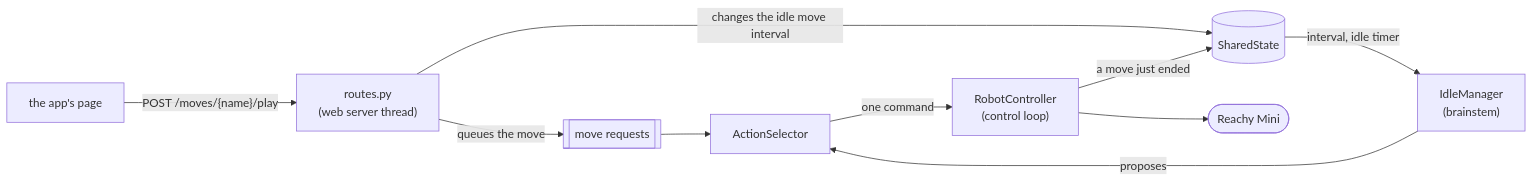
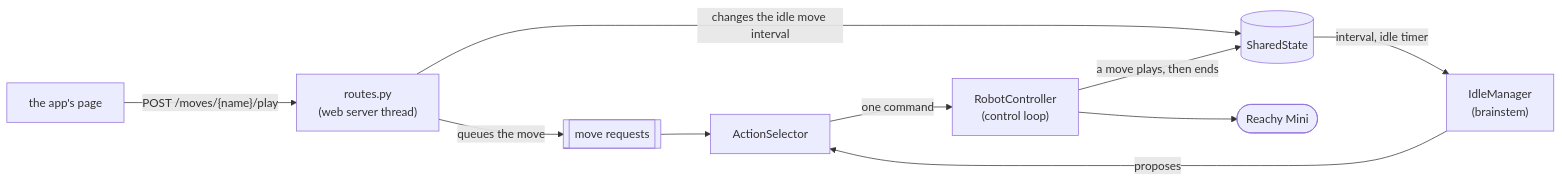
The first of 2 diagrams in ARCHITECTURE.md (HTurlet15/reachy_alive), drawn with Mermaid before and after one commit. The commit also changed other lines of this file and 1 other file, not shown here.

````diff
--- a/ARCHITECTURE.md
+++ b/ARCHITECTURE.md
@@ -34,12 +34,12 @@
 ```mermaid
 flowchart LR
     page["the app's page"] -->|"POST /moves/{name}/play"| routes["routes.py<br/>(web server thread)"]
     routes -->|queues the move| queue[["move requests"]]
     routes -->|changes the idle move interval| state[("SharedState")]
     queue --> selector["ActionSelector"]
     idle["IdleManager<br/>(brainstem)"] -->|proposes| selector
     state -->|interval, idle timer| idle
     selector -->|one command| controller["RobotController<br/>(control loop)"]
-    controller -->|a move just ended| state
+    controller -->|a move plays, then ends| state
     controller --> robot(["Reachy Mini"])
 ```
````
